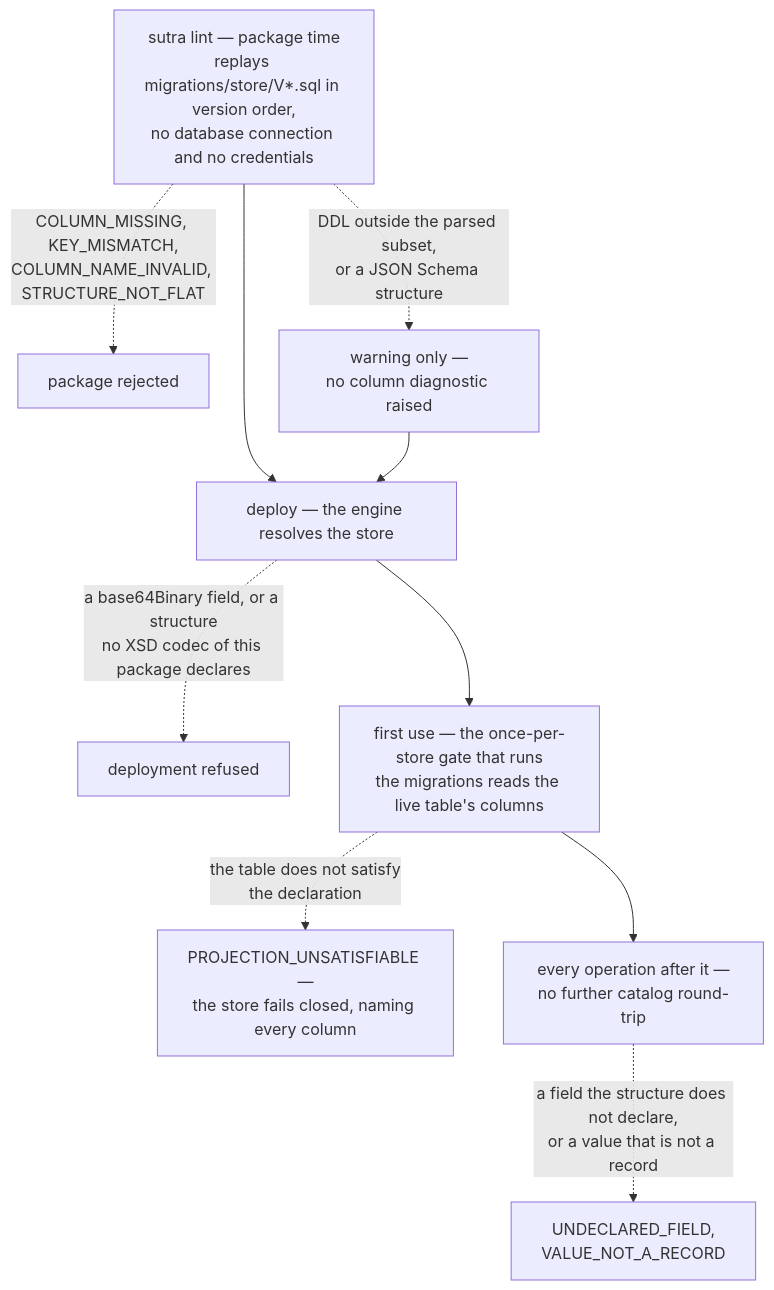
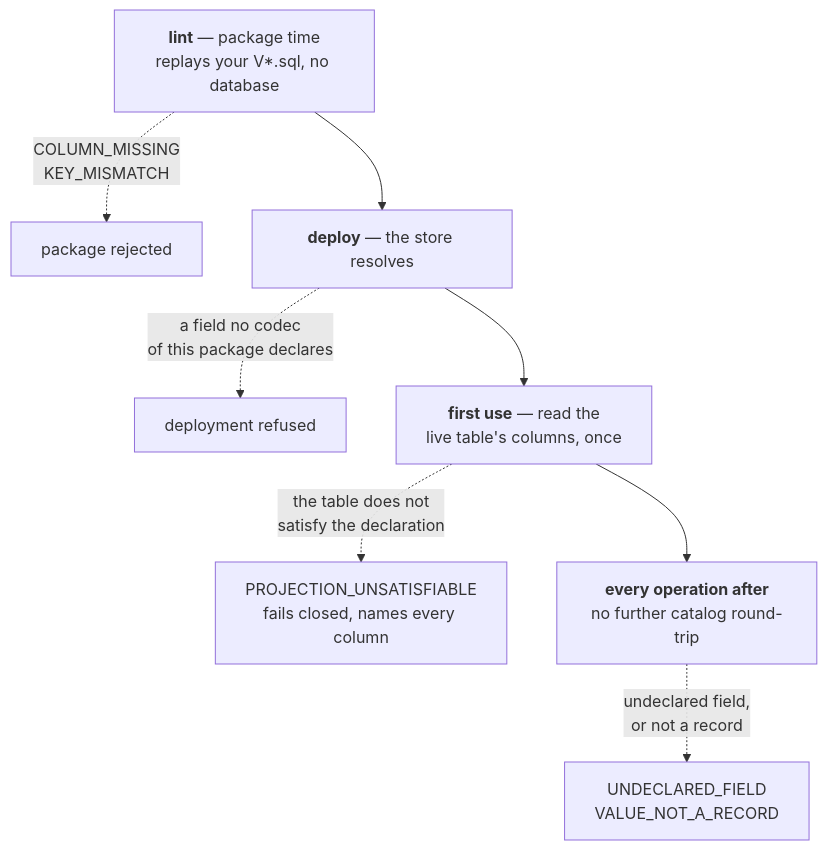
The second of 2 diagrams in docs/src/building/data-stores.md (startr-trade/sutra), drawn with Mermaid before and after one commit. The commit also changed other lines of this file and 18 other files, not shown here.

Commit message:
(docs) Update to the documentation diagrams

````diff
--- a/docs/src/building/data-stores.md
+++ b/docs/src/building/data-stores.md
@@ -390,13 +393,11 @@
 ```mermaid
 flowchart TD
-    L["sutra lint — package time<br/>replays migrations/store/V*.sql in version order,<br/>no database connection and no credentials"]
-    L -.->|"COLUMN_MISSING, KEY_MISMATCH,<br/>COLUMN_NAME_INVALID, STRUCTURE_NOT_FLAT"| LE["package rejected"]
-    L -.->|"DDL outside the parsed subset,<br/>or a JSON Schema structure"| LW["warning only —<br/>no column diagnostic raised"]
-    L --> D["deploy — the engine resolves the store"]
-    LW --> D
-    D -.->|"a base64Binary field, or a structure<br/>no XSD codec of this package declares"| DE["deployment refused"]
-    D --> F["first use — the once-per-store gate that runs<br/>the migrations reads the live table's columns"]
-    F -.->|"the table does not satisfy<br/>the declaration"| FE["PROJECTION_UNSATISFIABLE —<br/>the store fails closed, naming every column"]
-    F --> R["every operation after it —<br/>no further catalog round-trip"]
-    R -.->|"a field the structure does not declare,<br/>or a value that is not a record"| RE["UNDECLARED_FIELD,<br/>VALUE_NOT_A_RECORD"]
+    L["<b>lint</b> — package time<br/>replays your V*.sql, no database"]
+    L -.->|"COLUMN_MISSING<br/>KEY_MISMATCH"| LE["package rejected"]
+    L --> D["<b>deploy</b> — the store resolves"]
+    D -.->|"a field no codec<br/>of this package declares"| DE["deployment refused"]
+    D --> F["<b>first use</b> — read the<br/>live table's columns, once"]
+    F -.->|"the table does not<br/>satisfy the declaration"| FE["PROJECTION_UNSATISFIABLE<br/>fails closed, names every column"]
+    F --> R["<b>every operation after</b><br/>no further catalog round-trip"]
+    R -.->|"undeclared field,<br/>or not a record"| RE["UNDECLARED_FIELD<br/>VALUE_NOT_A_RECORD"]
 ```
````
